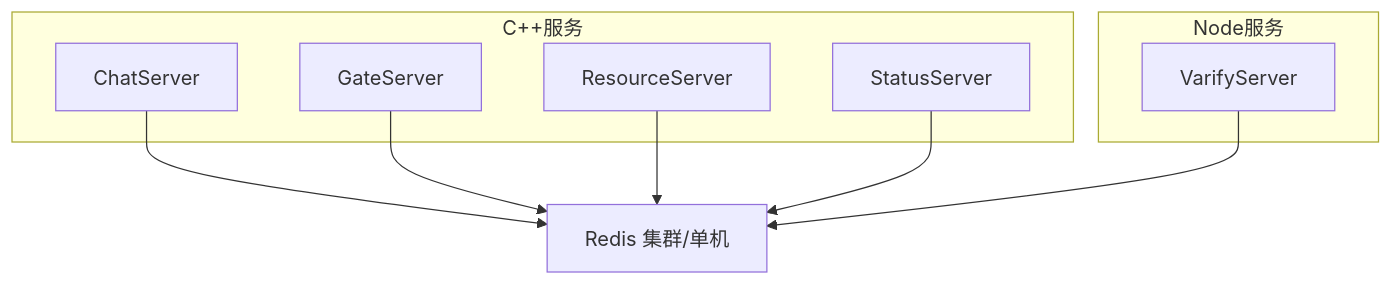
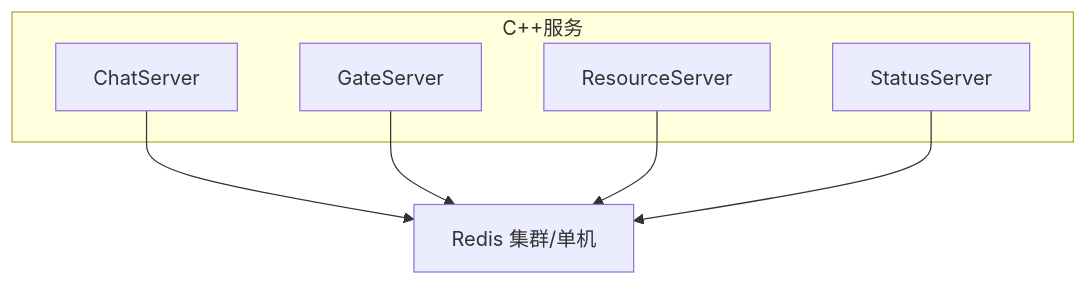
Before and after one commit to echo9923/mychatter: the first of 7 diagrams in .qoder/repowiki/zh/content/缓存和存储/Redis缓存策略.md, drawn with Mermaid. The commit also changed other lines of this file and 58 other files, not shown here.

````diff
--- a/.qoder/repowiki/zh/content/缓存和存储/Redis缓存策略.md
+++ b/.qoder/repowiki/zh/content/缓存和存储/Redis缓存策略.md
@@ -56,18 +54,14 @@
 ```mermaid
 graph TB
 subgraph "C++服务"
 CS["ChatServer"]
 GS["GateServer"]
 RS["ResourceServer"]
 SS["StatusServer"]
 end
-subgraph "Node服务"
-VS["VarifyServer"]
-end
 R["Redis 集群/单机"]
 CS --> R
 GS --> R
 RS --> R
 SS --> R
-VS --> R
 ```
````
